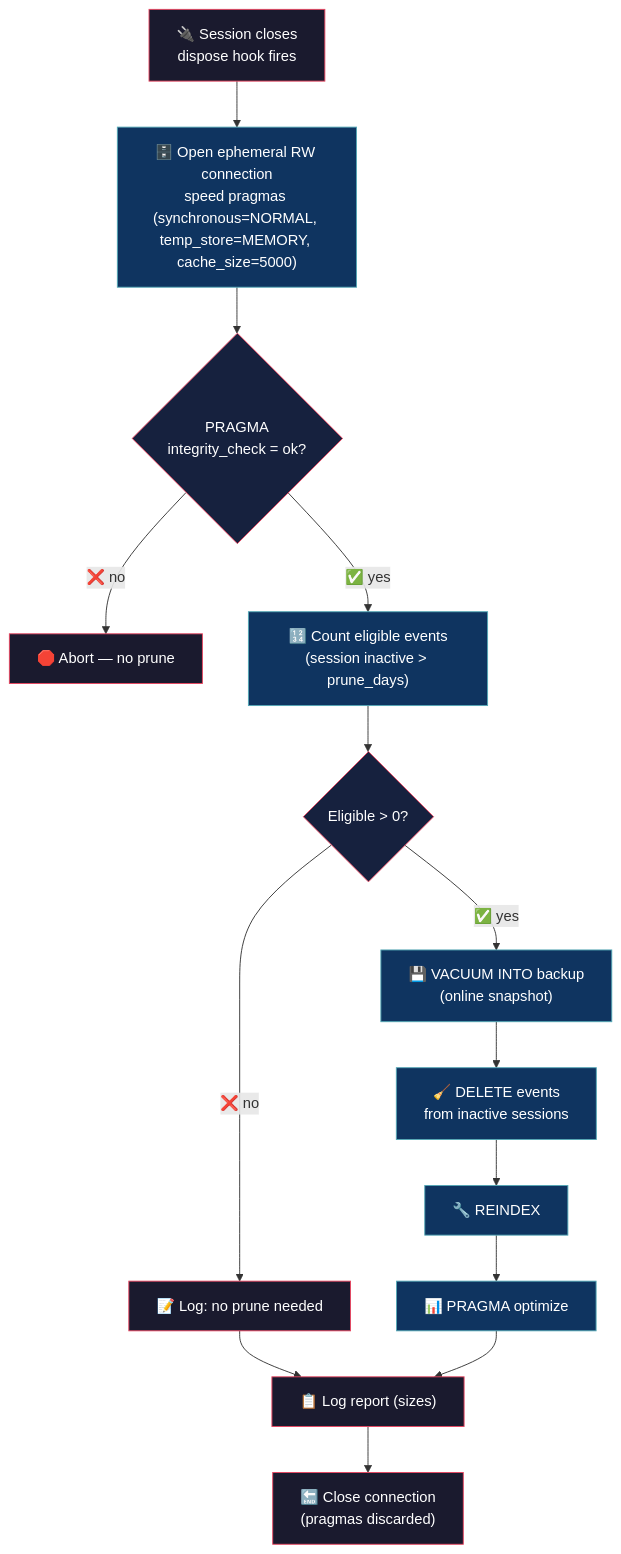
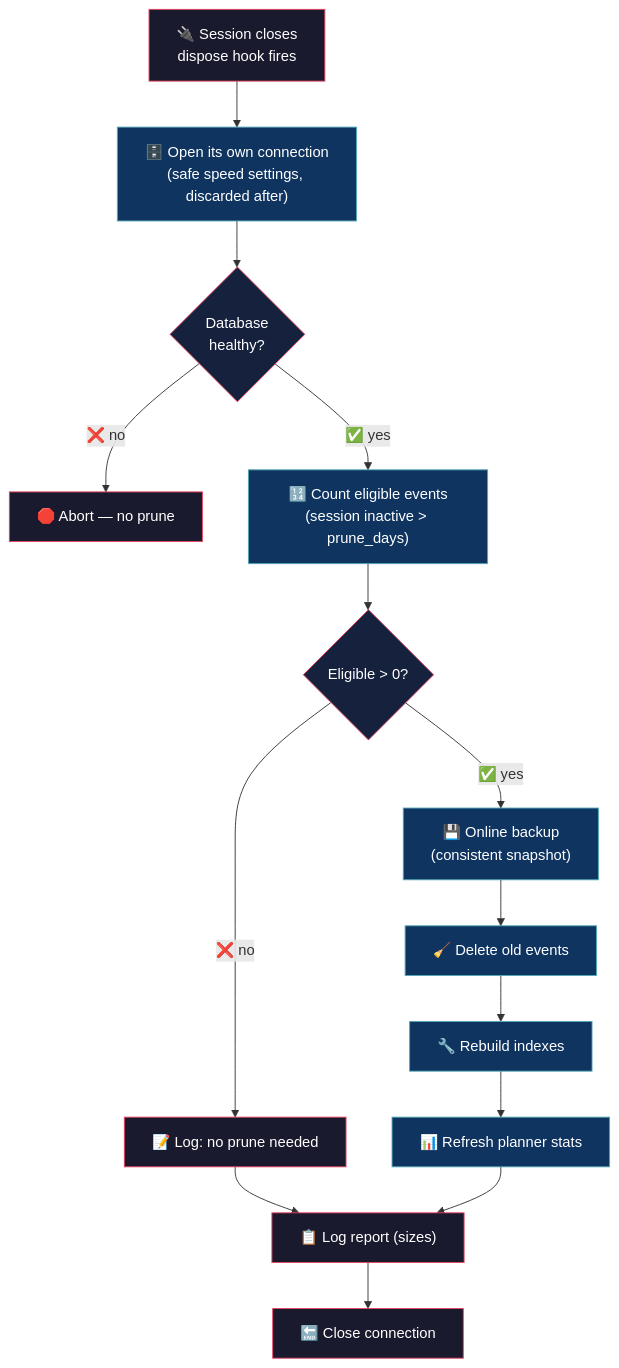
One commit to alejo54dev/opencode-db-prunetor changed the diagram in README.md. Above: the diagram before and after it, drawn with Mermaid. The commit also changed other lines of this file, not shown here.

````diff
--- a/README.md
+++ b/README.md
@@ -33,31 +33,31 @@
 ```mermaid
 flowchart TD
     A["🔌 Session closes<br/>dispose hook fires"]
-    A --> B["🗄️ Open ephemeral RW connection<br/>speed pragmas (synchronous=NORMAL, temp_store=MEMORY, cache_size=5000)"]
-    B --> C{"PRAGMA<br/>integrity_check = ok?"}
+    A --> B["🗄️ Open its own connection<br/>(safe speed settings, discarded after)"]
+    B --> C{"Database<br/>healthy?"}
     C -->|"❌ no"| Z["🛑 Abort — no prune"]
     C -->|"✅ yes"| D["🔢 Count eligible events<br/>(session inactive > prune_days)"]
     D --> E{"Eligible > 0?"}
     E -->|"❌ no"| R["📝 Log: no prune needed"]
-    E -->|"✅ yes"| F["💾 VACUUM INTO backup<br/>(online snapshot)"]
-    F --> G["🧹 DELETE events<br/>from inactive sessions"]
-    G --> H["🔧 REINDEX"]
-    H --> I["📊 PRAGMA optimize"]
+    E -->|"✅ yes"| F["💾 Online backup<br/>(consistent snapshot)"]
+    F --> G["🧹 Delete old events"]
+    G --> H["🔧 Rebuild indexes"]
+    H --> I["📊 Refresh planner stats"]
     R --> J["📋 Log report (sizes)"]
     I --> J
-    J --> K["🔚 Close connection<br/>(pragmas discarded)"]
+    J --> K["🔚 Close connection"]
 
     style A fill:#1a1a2e,stroke:#e94560,color:#fff
     style B fill:#0f3460,stroke:#53a8b6,color:#fff
     style C fill:#16213e,stroke:#e94560,color:#fff
     style D fill:#0f3460,stroke:#53a8b6,color:#fff
     style E fill:#16213e,stroke:#e94560,color:#fff
     style F fill:#0f3460,stroke:#53a8b6,color:#fff
     style G fill:#0f3460,stroke:#53a8b6,color:#fff
     style H fill:#0f3460,stroke:#53a8b6,color:#fff
     style I fill:#0f3460,stroke:#53a8b6,color:#fff
     style J fill:#1a1a2e,stroke:#e94560,color:#fff
     style K fill:#1a1a2e,stroke:#e94560,color:#fff
     style R fill:#1a1a2e,stroke:#e94560,color:#fff
     style Z fill:#1a1a2e,stroke:#e94560,color:#fff
 ```
````
